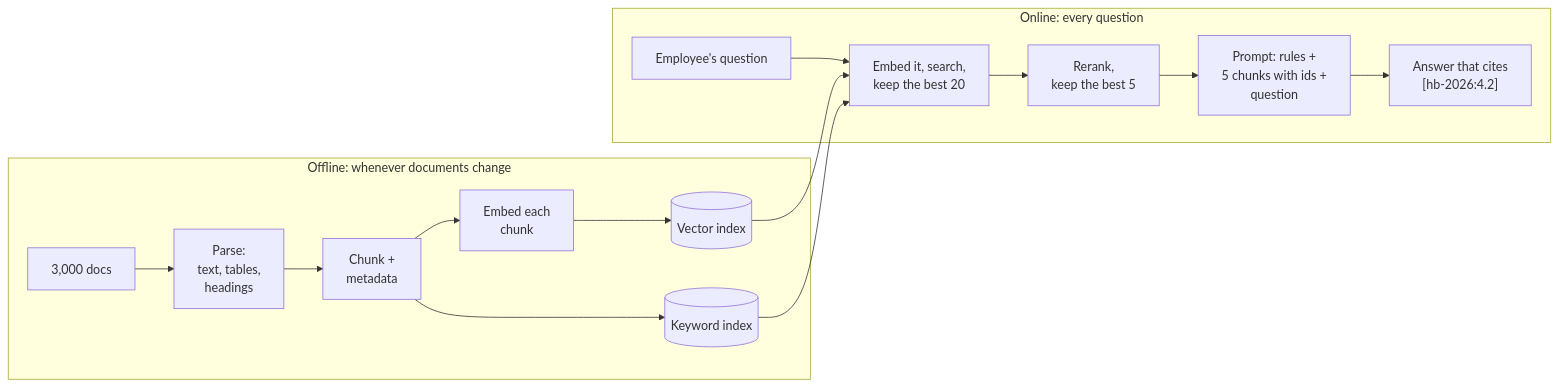
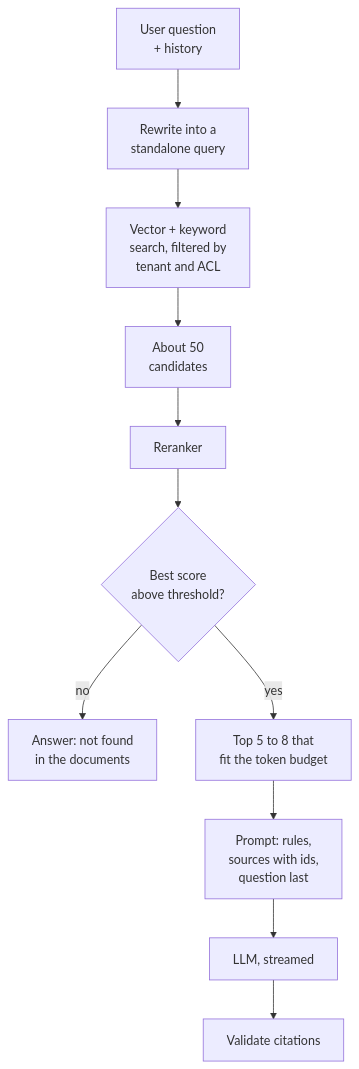
The fifth of 5 diagrams in src/Data/aiStackDocs/CH-02.md (shubamchaudhary/CodeNITW), drawn with Mermaid before and after one commit. The commit also changed other lines of this file and 52 other files, not shown here.

````diff
--- a/src/Data/aiStackDocs/CH-02.md
+++ b/src/Data/aiStackDocs/CH-02.md
@@ -183,18 +186,13 @@
 ```mermaid
-flowchart LR
-    subgraph IDX["Offline: whenever documents change"]
-        D1["3,000 docs"] --> P1["Parse:<br/>text, tables,<br/>headings"]
-        P1 --> C1["Chunk +<br/>metadata"]
-        C1 --> E1["Embed each<br/>chunk"]
-        E1 --> V[("Vector index")]
-        C1 --> K[("Keyword index")]
-    end
-    subgraph ASK["Online: every question"]
-        Q["Employee's question"] --> R["Embed it, search,<br/>keep the best 20"]
-        R --> RR["Rerank,<br/>keep the best 5"]
-        RR --> PR["Prompt: rules +<br/>5 chunks with ids +<br/>question"]
-        PR --> A["Answer that cites<br/>[hb-2026:4.2]"]
-    end
-    V --> R
-    K --> R
+flowchart TD
+    U["User question<br/>+ history"] --> SA["Rewrite into a<br/>standalone query"]
+    SA --> SR["Vector + keyword<br/>search, filtered by<br/>tenant and ACL"]
+    SR --> C50["About 50<br/>candidates"]
+    C50 --> RK["Reranker"]
+    RK --> TH{"Best score<br/>above threshold?"}
+    TH -->|"no"| NF["Answer: not found<br/>in the documents"]
+    TH -->|"yes"| TOP["Top 5 to 8 that<br/>fit the token budget"]
+    TOP --> PR["Prompt: rules,<br/>sources with ids,<br/>question last"]
+    PR --> GEN["LLM, streamed"]
+    GEN --> CV["Validate citations"]
 ```
````
